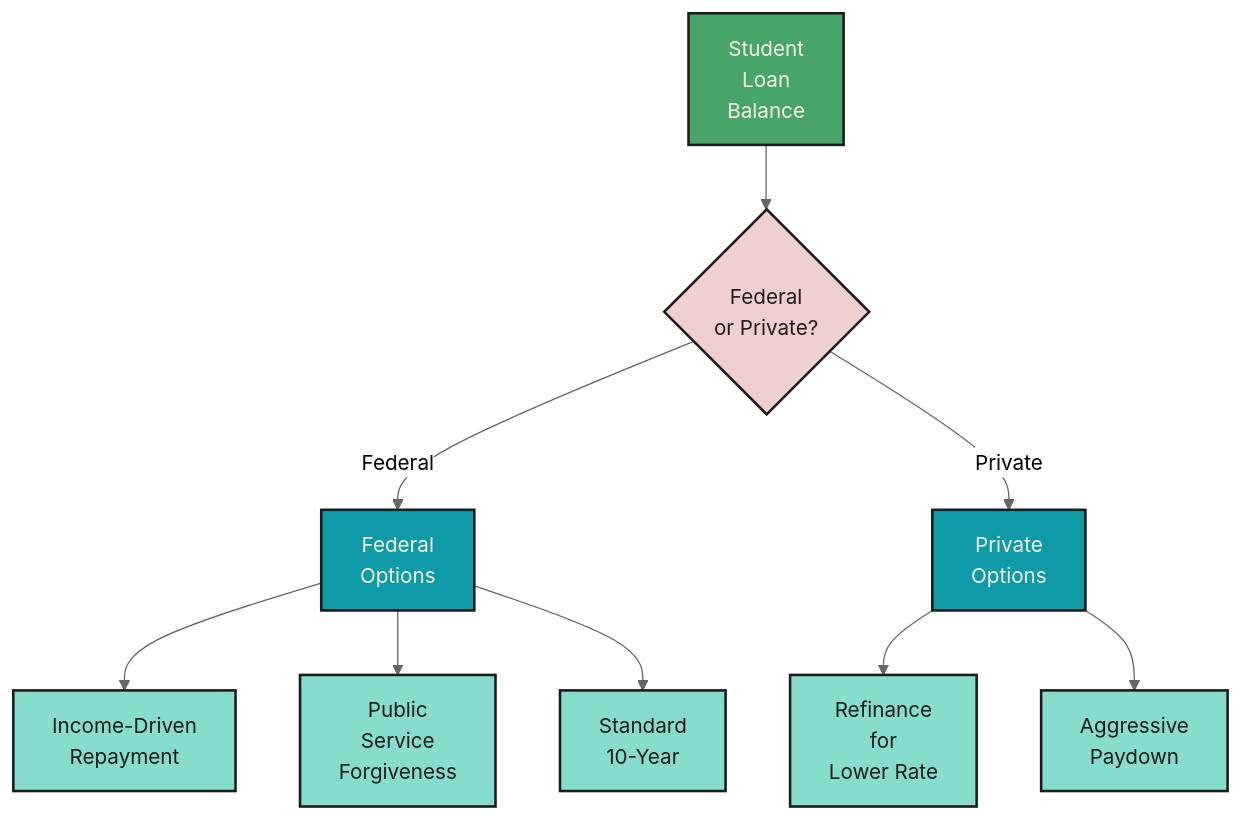
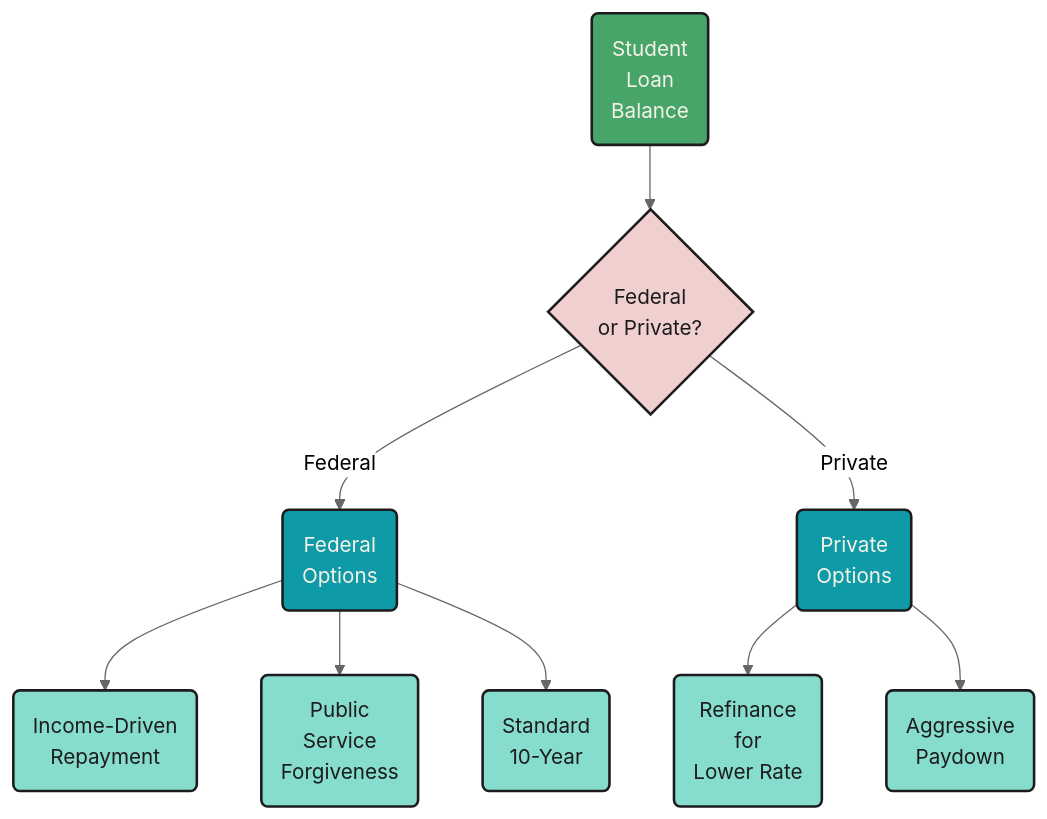
The third of 7 diagrams in managing_debt.qmd (mjfrigaard/fm-finance), drawn with Mermaid before and after one commit. The commit also changed other lines of this file and 20 other files, not shown here.

Commit message:
updates to mermaid diagrams

````diff
--- a/managing_debt.qmd
+++ b/managing_debt.qmd
@@ -167,26 +139,26 @@
 ```{mermaid}
-%%| fig-cap: ' Student Loans'
+%%| fig-cap: 'Student Loans'
 %%| fig-align: center
-%%{init: {'theme': 'neutral', 'themeVariables': { 'fontFamily': 'monospace', "fontSize":"16px"}}}%%
+%%{init: {'theme': 'neutral', 'themeVariables': { 'fontFamily': 'monospace', "darkMode":false, "fontSize":"16px"}}}%%
 
 flowchart TD
-    StudentLoans[Student<br>Loan<br>Balance] --> Type{Federal<br>or Private?}
-    Type -->|Federal| FedOptions[Federal<br>Options]
-    Type -->|Private| PrivOptions[Private<br>Options]
+    StudentLoans("Student<br>Loan<br>Balance") --> Type{"Federal<br>or Private?"}
+    Type -->|"Federal"| FedOptions("Federal<br>Options")
+    Type -->|"Private"| PrivOptions("Private<br>Options")
 
-    FedOptions --> IDR[Income-Driven<br>Repayment]
-    FedOptions --> PSLF[Public<br>Service<br>Forgiveness]
-    FedOptions --> Standard[Standard<br>10-Year]
+    FedOptions --> IDR("Income-Driven<br>Repayment")
+    FedOptions --> PSLF("Public<br>Service<br>Forgiveness")
+    FedOptions --> Standard("Standard<br>10-Year")
 
-    PrivOptions --> Refi[Refinance<br>for<br>Lower Rate]
-    PrivOptions --> PayDown[Aggressive<br>Paydown]
+    PrivOptions --> Refi("Refinance<br>for<br>Lower Rate")
+    PrivOptions --> PayDown("Aggressive<br>Paydown")
     style StudentLoans fill:#48a56a,color:#F5F2E8,stroke:#1C1C1E,stroke-width:2px
     style Type fill:#f0cfcf,color:#1C1C1E,stroke:#1C1C1E,stroke-width:2px
     style FedOptions fill:#0e9aa7,color:#F5F2E8,stroke:#1C1C1E,stroke-width:2px
     style PrivOptions fill:#0e9aa7,color:#F5F2E8,stroke:#1C1C1E,stroke-width:2px
     style IDR fill:#86ddcd,color:#1C1C1E,stroke:#1C1C1E,stroke-width:2px
     style PSLF fill:#86ddcd,color:#1C1C1E,stroke:#1C1C1E,stroke-width:2px
     style Standard fill:#86ddcd,color:#1C1C1E,stroke:#1C1C1E,stroke-width:2px
     style Refi fill:#86ddcd,color:#1C1C1E,stroke:#1C1C1E,stroke-width:2px
     style PayDown fill:#86ddcd,color:#1C1C1E,stroke:#1C1C1E,stroke-width:2px
 ```
````
